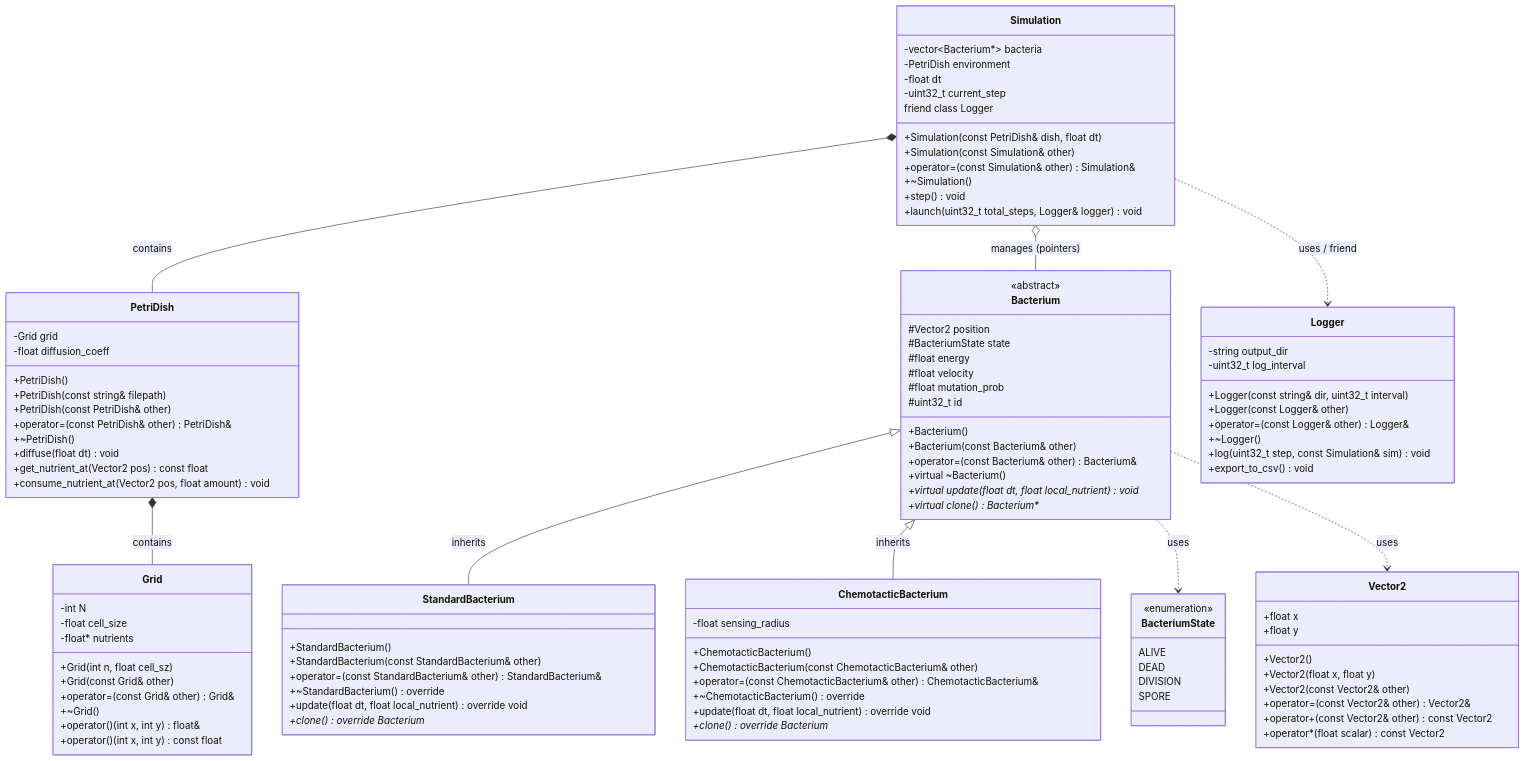
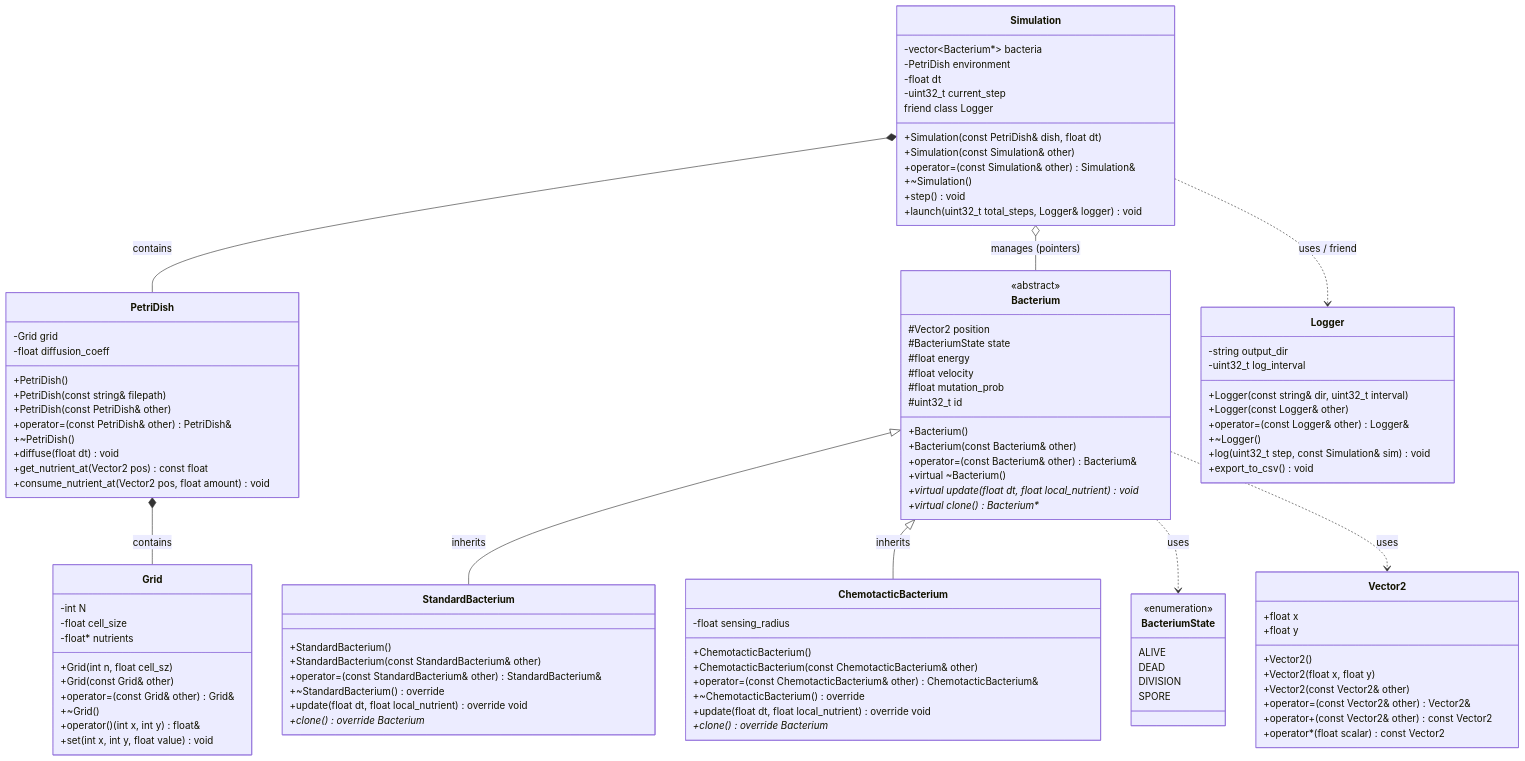
One commit to axelp-dev/BioChroma changed the first of 2 diagrams in docs/ARCHITECTURE.md. Above: the diagram before and after it, drawn with Mermaid. The commit also changed other lines of this file and 2 other files, not shown here.

```diff
--- a/docs/ARCHITECTURE.md
+++ b/docs/ARCHITECTURE.md
@@ -131,7 +121,7 @@
         +operator=(const Grid& other) Grid&
         +~Grid()
         +operator()(int x, int y) float&
-        +operator()(int x, int y) const float
+        +set(int x, int y, float value) void
     }
 
     class PetriDish {
```
